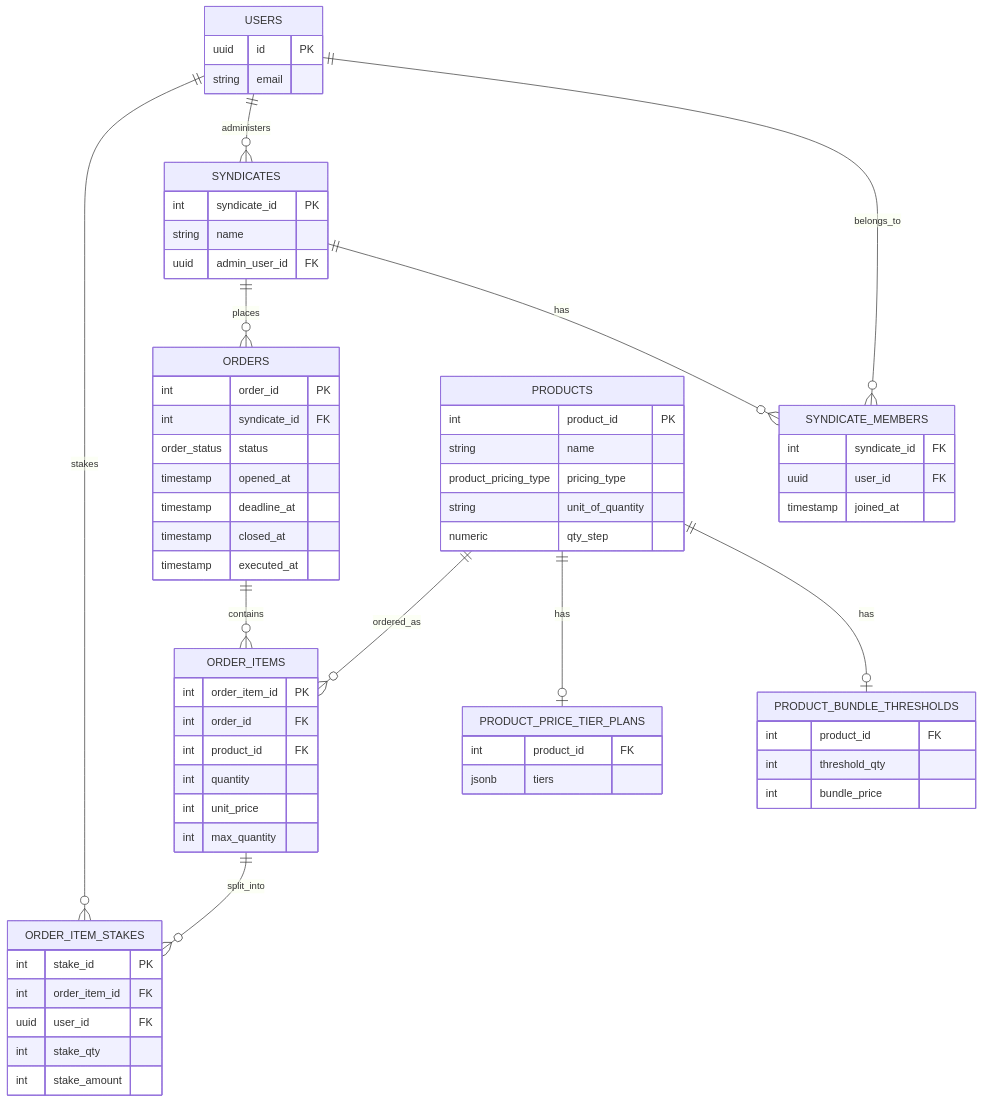
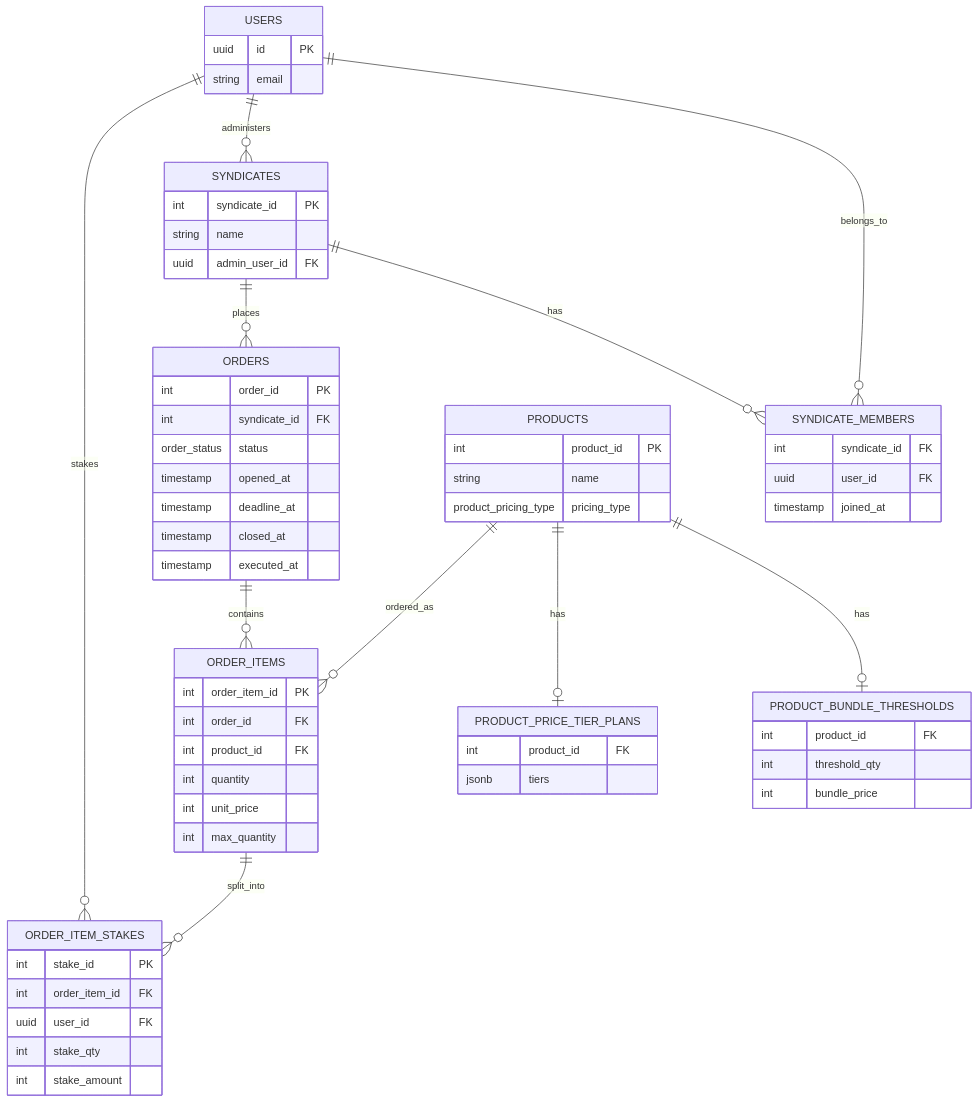
Before and after one commit to sormiston/AnteCat: the diagram in .claude/context/backend.md, drawn with Mermaid. The commit also changed 2 other files, not shown here.

Commit message:
drop premature attempts at quantity modelling for now

````diff
--- a/.claude/context/backend.md
+++ b/.claude/context/backend.md
@@ -61,69 +61,67 @@
 ```mermaid
 
 erDiagram
   USERS ||--o{ SYNDICATE_MEMBERS : belongs_to
   SYNDICATES ||--o{ SYNDICATE_MEMBERS : has
   USERS ||--o{ SYNDICATES : administers
   SYNDICATES ||--o{ ORDERS : places
   PRODUCTS ||--o| PRODUCT_BUNDLE_THRESHOLDS : has
   PRODUCTS ||--o| PRODUCT_PRICE_TIER_PLANS : has
   ORDERS ||--o{ ORDER_ITEMS : contains
   PRODUCTS ||--o{ ORDER_ITEMS : ordered_as
   ORDER_ITEMS ||--o{ ORDER_ITEM_STAKES : split_into
   USERS ||--o{ ORDER_ITEM_STAKES : stakes
 
   USERS {
     uuid id PK
     string email
   }
   SYNDICATES {
     int syndicate_id PK
     string name
     uuid admin_user_id FK
   }
   SYNDICATE_MEMBERS {
     int syndicate_id FK
     uuid user_id FK
     timestamp joined_at
   }
   PRODUCTS {
     int product_id PK
     string name
     product_pricing_type pricing_type
-    string unit_of_quantity
-    numeric qty_step
   }
   PRODUCT_BUNDLE_THRESHOLDS {
     int product_id FK
     int threshold_qty
     int bundle_price
   }
   PRODUCT_PRICE_TIER_PLANS {
     int product_id FK
     jsonb tiers
   }
   ORDERS {
     int order_id PK
     int syndicate_id FK
     order_status status
     timestamp opened_at
     timestamp deadline_at
     timestamp closed_at
     timestamp executed_at
   }
   ORDER_ITEMS {
     int order_item_id PK
     int order_id FK
     int product_id FK
     int quantity
     int unit_price
     int max_quantity
   }
   ORDER_ITEM_STAKES {
     int stake_id PK
     int order_item_id FK
     uuid user_id FK
     int stake_qty
     int stake_amount
   }
 ```
````
